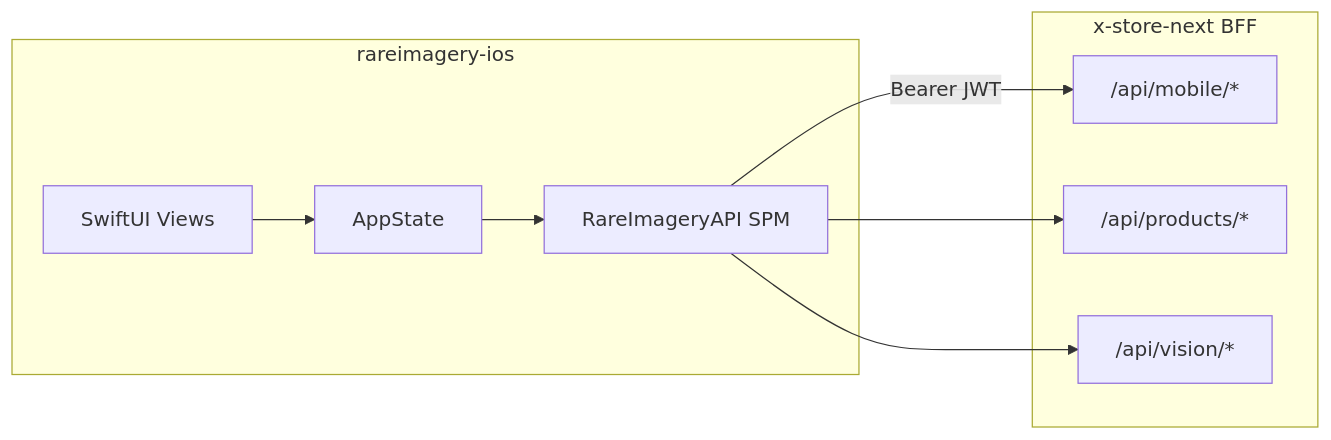
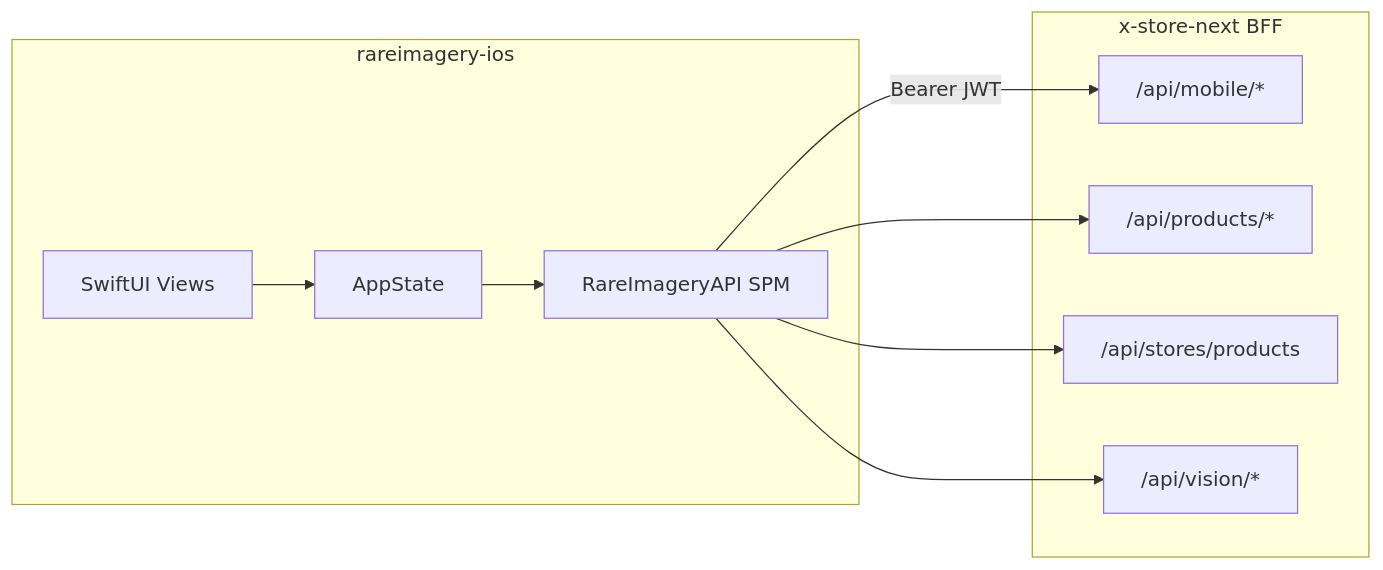
Before and after one commit to rareimagery/rareimagery-ios: the first of 3 diagrams in docs/IOS_CODE_REVIEW.md, drawn with Mermaid. The commit also changed other lines of this file and 6 other files, not shown here.

````diff
--- a/docs/IOS_CODE_REVIEW.md
+++ b/docs/IOS_CODE_REVIEW.md
@@ -57,18 +84,20 @@
 ```mermaid
 flowchart LR
     subgraph ios [rareimagery-ios]
         SwiftUI[SwiftUI Views]
         AppState[AppState]
         SPM[RareImageryAPI SPM]
     end
     subgraph bff [x-store-next BFF]
         MobileAPI["/api/mobile/*"]
         ProductsAPI["/api/products/*"]
+        StoresAPI["/api/stores/products"]
         VisionAPI["/api/vision/*"]
     end
     SwiftUI --> AppState
     AppState --> SPM
     SPM -->|"Bearer JWT"| MobileAPI
     SPM --> ProductsAPI
+    SPM --> StoresAPI
     SPM --> VisionAPI
 ```
````
